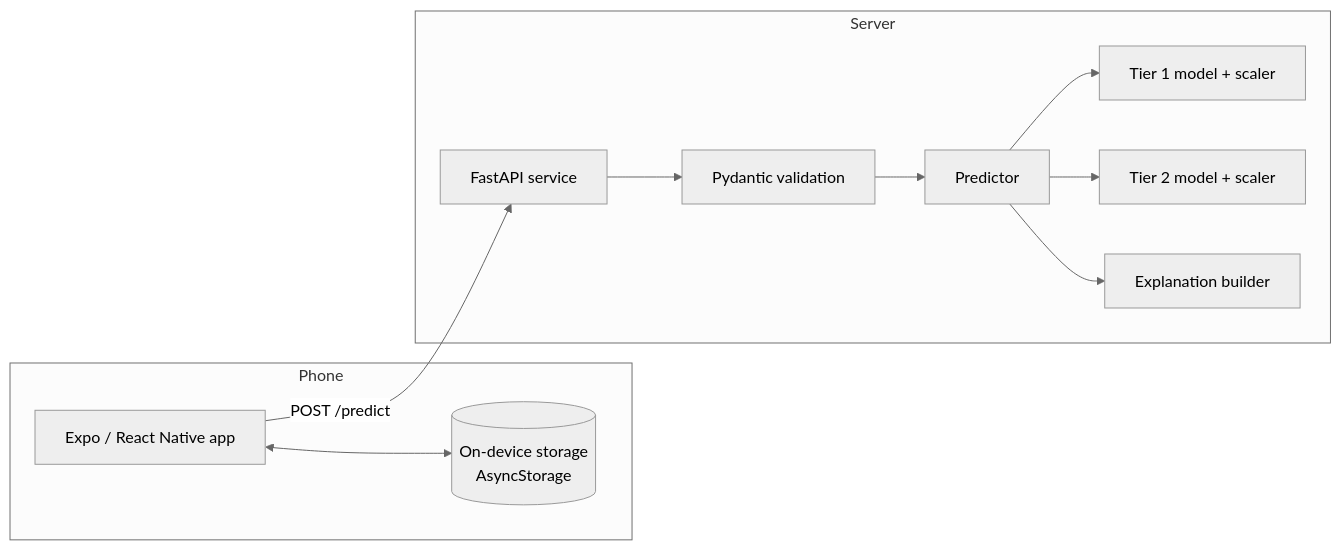
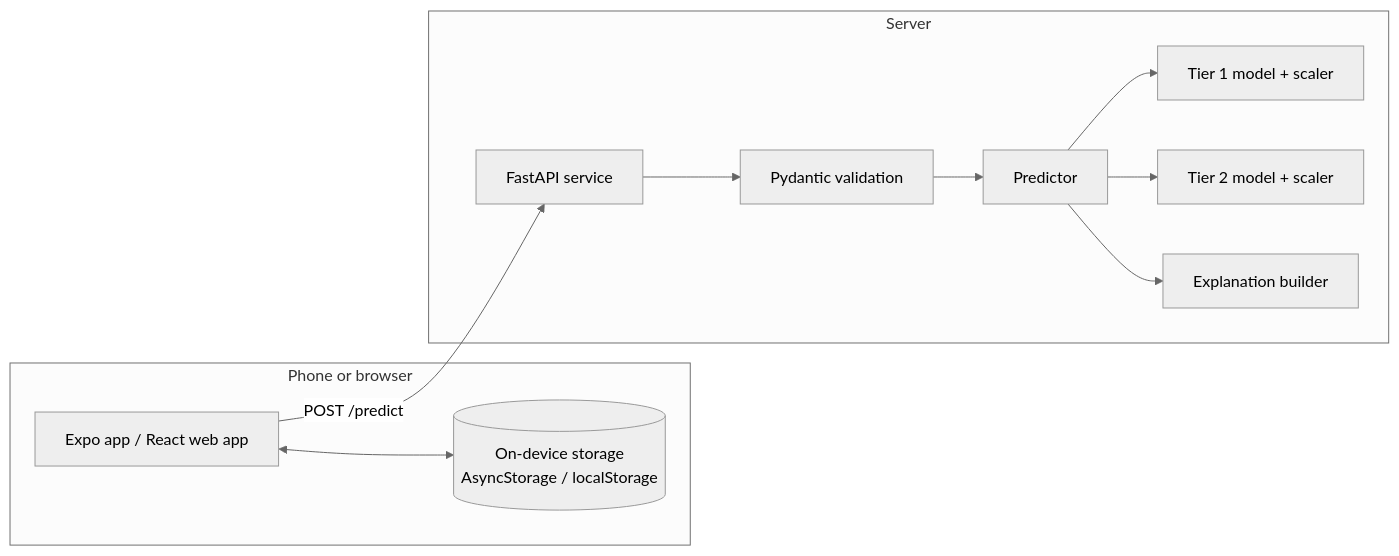
One commit to Gilb3rtWilliams/Enara changed the second of 2 diagrams in README.md. Above: the diagram before and after it, drawn with Mermaid (neutral theme). The commit also changed other lines of this file and 3100 other files, not shown here.

````diff
--- a/README.md
+++ b/README.md
@@ -92,16 +93,16 @@
 ```mermaid
 flowchart LR
-    subgraph Phone
-        UI[Expo / React Native app]
-        DB[(On-device storage<br/>AsyncStorage)]
+    subgraph Client[Phone or browser]
+        UI[Expo app / React web app]
+        DB[(On-device storage<br/>AsyncStorage / localStorage)]
         UI <--> DB
     end
     UI -- POST /predict --> API[FastAPI service]
     subgraph Server
         API --> V[Pydantic validation]
         V --> P[Predictor]
         P --> M1[Tier 1 model + scaler]
         P --> M2[Tier 2 model + scaler]
         P --> X[Explanation builder]
     end
 ```
````
